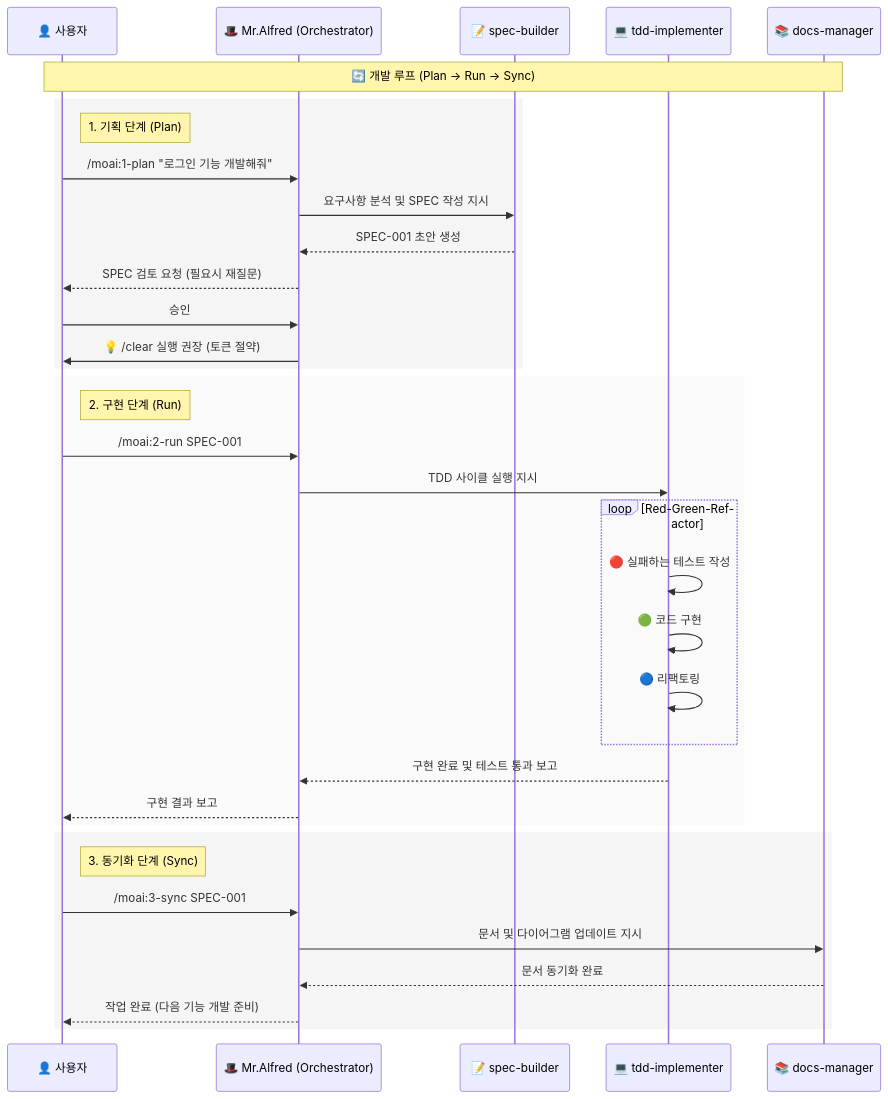
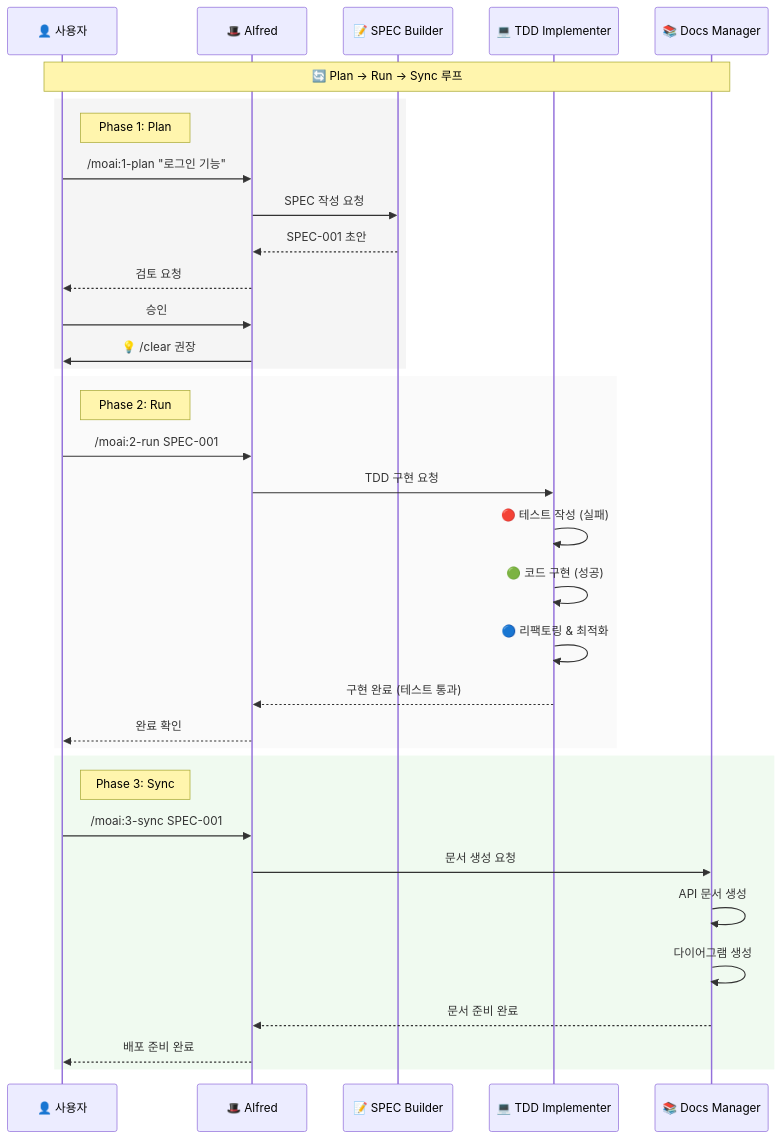
The second of 5 diagrams in README.ko.md (modu-ai/moai-adk), drawn with Mermaid before and after one commit. The commit also changed other lines of this file and 2122 other files, not shown here.

````diff
--- a/README.ko.md
+++ b/README.ko.md
@@ -162,41 +379,41 @@
 ```mermaid
 sequenceDiagram
-    participant User as 👤 사용자
-    participant Alfred as 🎩 Mr.Alfred (Orchestrator)
-    participant SpecAgent as 📝 spec-builder
-    participant TddAgent as 💻 tdd-implementer
-    participant DocsAgent as 📚 docs-manager
+    participant U as 👤 사용자
+    participant A as 🎩 Alfred
+    participant S as 📝 SPEC Builder
+    participant T as 💻 TDD Implementer
+    participant D as 📚 Docs Manager
 
-    Note over User, DocsAgent: 🔄 개발 루프 (Plan -> Run -> Sync)
+    Note over U,D: 🔄 Plan → Run → Sync 루프
 
     rect rgb(245, 245, 245)
-        Note right of User: 1. 기획 단계 (Plan)
-        User->>Alfred: /moai:1-plan "로그인 기능 개발해줘"
-        Alfred->>SpecAgent: 요구사항 분석 및 SPEC 작성 지시
-        SpecAgent-->>Alfred: SPEC-001 초안 생성
-        Alfred-->>User: SPEC 검토 요청 (필요시 재질문)
-        User->>Alfred: 승인
-        Alfred->>User: 💡 /clear 실행 권장 (토큰 절약)
+        Note right of U: Phase 1: Plan
+        U->>A: /moai:1-plan "로그인 기능"
+        A->>S: SPEC 작성 요청
+        S-->>A: SPEC-001 초안
+        A-->>U: 검토 요청
+        U->>A: 승인
+        A->>U: 💡 /clear 권장
     end
 
     rect rgb(250, 250, 250)
-        Note right of User: 2. 구현 단계 (Run)
-        User->>Alfred: /moai:2-run SPEC-001
-        Alfred->>TddAgent: TDD 사이클 실행 지시
-        loop Red-Green-Refactor
-            TddAgent->>TddAgent: 🔴 실패하는 테스트 작성
-            TddAgent->>TddAgent: 🟢 코드 구현
-            TddAgent->>TddAgent: 🔵 리팩토링
-        end
-        TddAgent-->>Alfred: 구현 완료 및 테스트 통과 보고
-        Alfred-->>User: 구현 결과 보고
+        Note right of U: Phase 2: Run
+        U->>A: /moai:2-run SPEC-001
+        A->>T: TDD 구현 요청
+        T->>T: 🔴 테스트 작성 (실패)
+        T->>T: 🟢 코드 구현 (성공)
+        T->>T: 🔵 리팩토링 & 최적화
+        T-->>A: 구현 완료 (테스트 통과)
+        A-->>U: 완료 확인
     end
 
-    rect rgb(245, 245, 245)
-        Note right of User: 3. 동기화 단계 (Sync)
-        User->>Alfred: /moai:3-sync SPEC-001
-        Alfred->>DocsAgent: 문서 및 다이어그램 업데이트 지시
-        DocsAgent-->>Alfred: 문서 동기화 완료
-        Alfred-->>User: 작업 완료 (다음 기능 개발 준비)
+    rect rgb(240, 250, 240)
+        Note right of U: Phase 3: Sync
+        U->>A: /moai:3-sync SPEC-001
+        A->>D: 문서 생성 요청
+        D->>D: API 문서 생성
+        D->>D: 다이어그램 생성
+        D-->>A: 문서 준비 완료
+        A-->>U: 배포 준비 완료
     end
 ```
````
